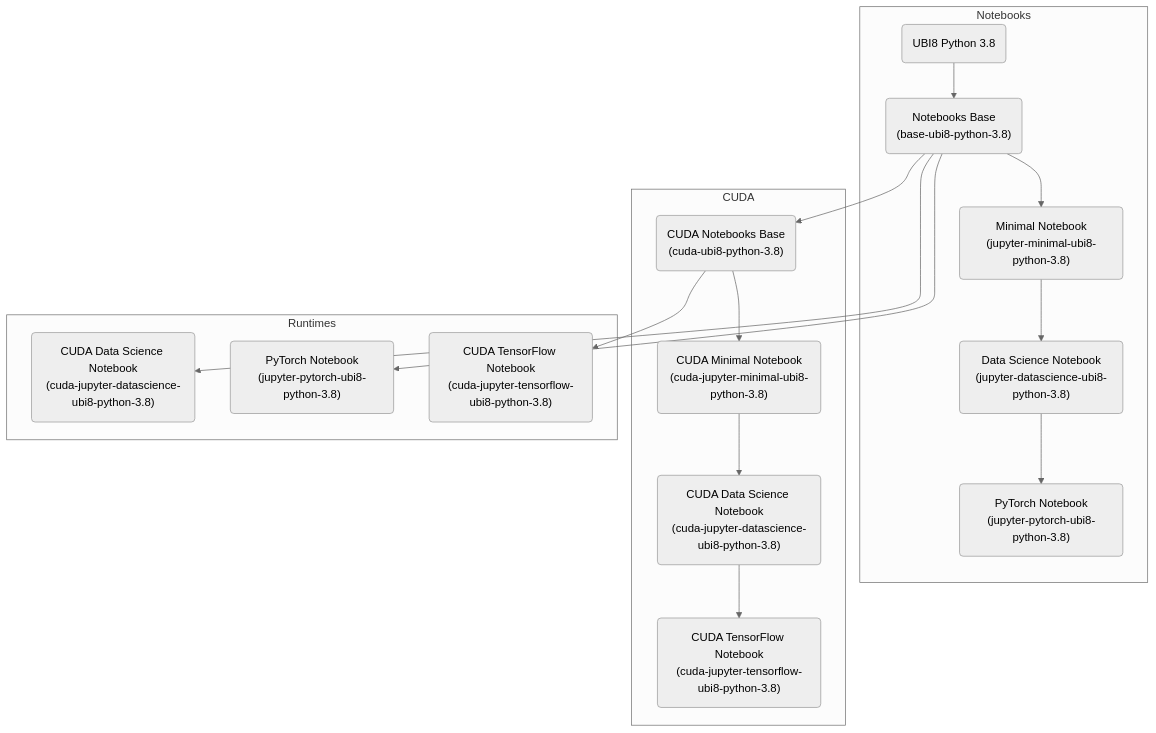
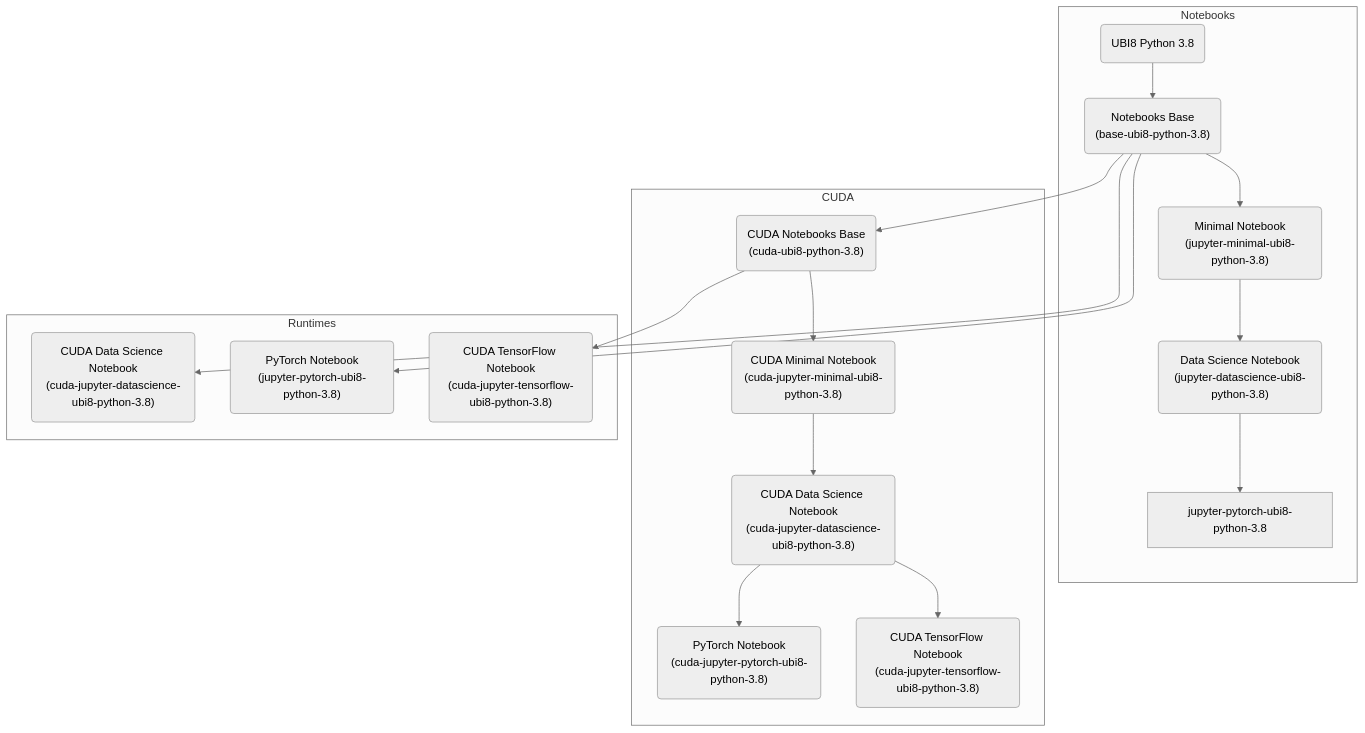
One commit to opendatahub-io/notebooks changed the first of 2 diagrams in README.md. Above: the diagram before and after it, drawn with Mermaid (neutral theme). The commit also changed other lines of this file and 24 other files, not shown here.

Commit message:
Update PyTorch notebook:updated package version and direved it back from cuda-data-science

````diff
--- a/README.md
+++ b/README.md
@@ -11,43 +11,44 @@
 ```mermaid
 graph TB
     subgraph Notebooks
         %% Nodes
         ubi8-python-3.8(UBI8 Python 3.8);
         base-ubi8-python-3.8("Notebooks Base<br/>(base-ubi8-python-3.8)");
         jupyter-minimal-ubi8-python-3.8("Minimal Notebook<br/>(jupyter-minimal-ubi8-python-3.8)");
         jupyter-datascience-ubi8-python-3.8("Data Science Notebook<br/>(jupyter-datascience-ubi8-python-3.8)");
-        jupyter-pytorch-ubi8-python-3.8("PyTorch Notebook<br/>(jupyter-pytorch-ubi8-python-3.8)");
 
         %% Edges
         ubi8-python-3.8 --> base-ubi8-python-3.8;
         base-ubi8-python-3.8 --> jupyter-minimal-ubi8-python-3.8;
         jupyter-minimal-ubi8-python-3.8 --> jupyter-datascience-ubi8-python-3.8;
         jupyter-datascience-ubi8-python-3.8 --> jupyter-pytorch-ubi8-python-3.8;
     end
 
     subgraph CUDA
         %% Nodes
         cuda-ubi8-python-3.8("CUDA Notebooks Base<br/>(cuda-ubi8-python-3.8)");
         cuda-jupyter-minimal-ubi8-python-3.8("CUDA Minimal Notebook<br/>(cuda-jupyter-minimal-ubi8-python-3.8)");
         cuda-jupyter-datascience-ubi8-python-3.8("CUDA Data Science Notebook<br/>(cuda-jupyter-datascience-ubi8-python-3.8)");
+        cuda-jupyter-pytorch-ubi8-python-3.8("PyTorch Notebook<br/>(cuda-jupyter-pytorch-ubi8-python-3.8)");
         cuda-jupyter-tensorflow-ubi8-python-3.8("CUDA TensorFlow Notebook<br/>(cuda-jupyter-tensorflow-ubi8-python-3.8)");
 
         %% Edges
         base-ubi8-python-3.8 --> cuda-ubi8-python-3.8;
         cuda-ubi8-python-3.8 --> cuda-jupyter-minimal-ubi8-python-3.8;
         cuda-jupyter-minimal-ubi8-python-3.8 --> cuda-jupyter-datascience-ubi8-python-3.8;
+        cuda-jupyter-datascience-ubi8-python-3.8 --> cuda-jupyter-pytorch-ubi8-python-3.8;
         cuda-jupyter-datascience-ubi8-python-3.8 --> cuda-jupyter-tensorflow-ubi8-python-3.8;
     end
 
     subgraph Runtimes
         %% Nodes
         runtimes-datascience-ubi8-python-3.8("CUDA Data Science Notebook<br/>(cuda-jupyter-datascience-ubi8-python-3.8)");
         runtimes-pytorch-ubi8-python-3.8("PyTorch Notebook<br/>(jupyter-pytorch-ubi8-python-3.8)");
         cuda-runtimes-tensorflow-ubi8-python-3.8("CUDA TensorFlow Notebook<br/>(cuda-jupyter-tensorflow-ubi8-python-3.8)");
 
         %% Edges
         base-ubi8-python-3.8 --> runtimes-datascience-ubi8-python-3.8;
         base-ubi8-python-3.8 --> runtimes-pytorch-ubi8-python-3.8;
         cuda-ubi8-python-3.8 --> cuda-runtimes-tensorflow-ubi8-python-3.8;
     end
 ```
````
